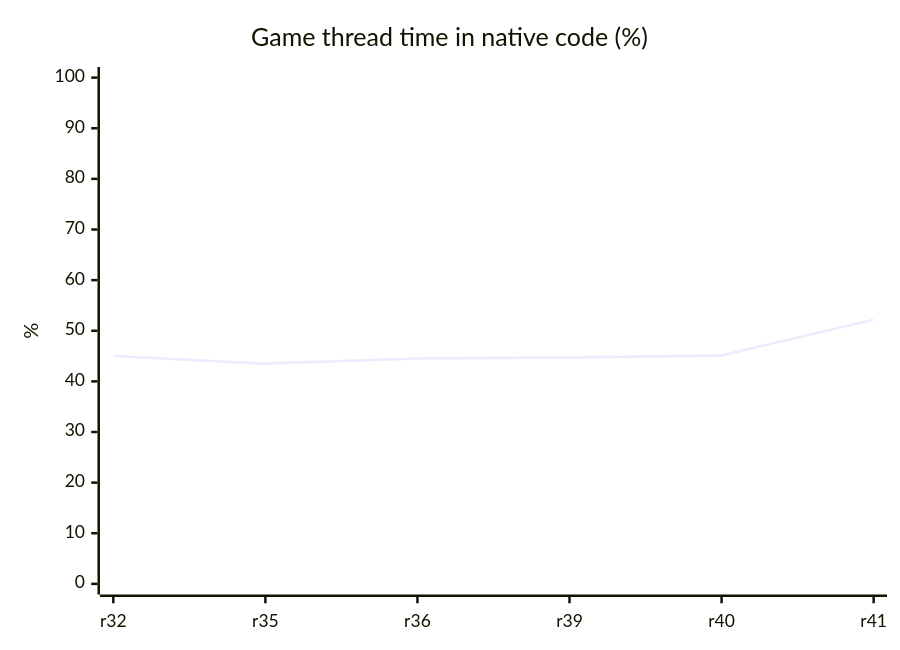
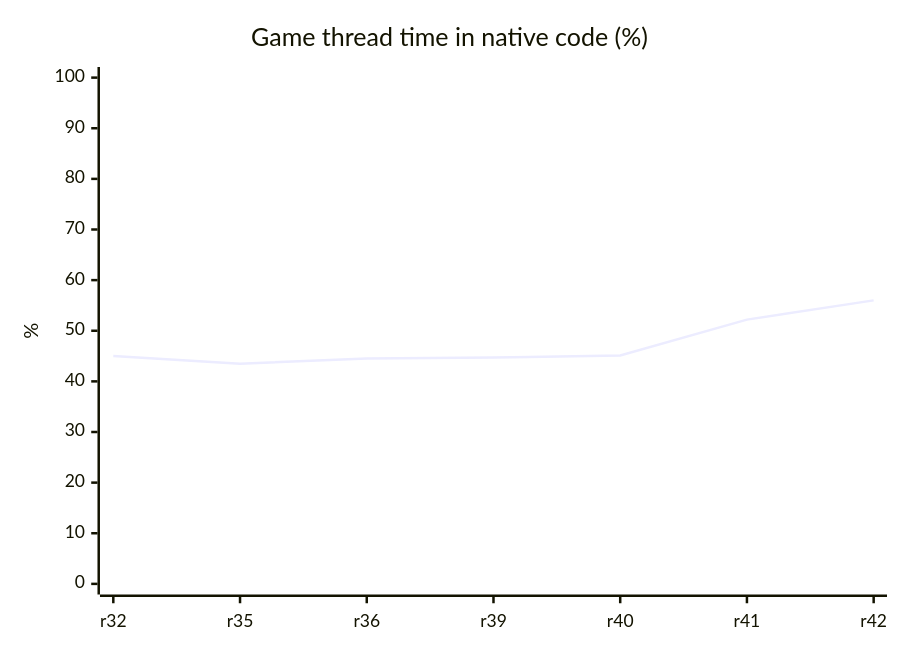
The diagram in README.md (HenryKun55/celosia), drawn with Mermaid before and after one commit. The commit also changed other lines of this file and 24 other files, not shown here.

````diff
--- a/README.md
+++ b/README.md
@@ -247,7 +248,7 @@
 ```mermaid
 xychart-beta
     title "Game thread time in native code (%)"
-    x-axis ["r32", "r35", "r36", "r39", "r40", "r41"]
+    x-axis ["r32", "r35", "r36", "r39", "r40", "r41", "r42"]
     y-axis "%" 0 --> 100
-    line [45.0, 43.5, 44.5, 44.7, 45.1, 52.2]
+    line [45.0, 43.5, 44.5, 44.7, 45.1, 52.2, 56.0]
 ```
````
